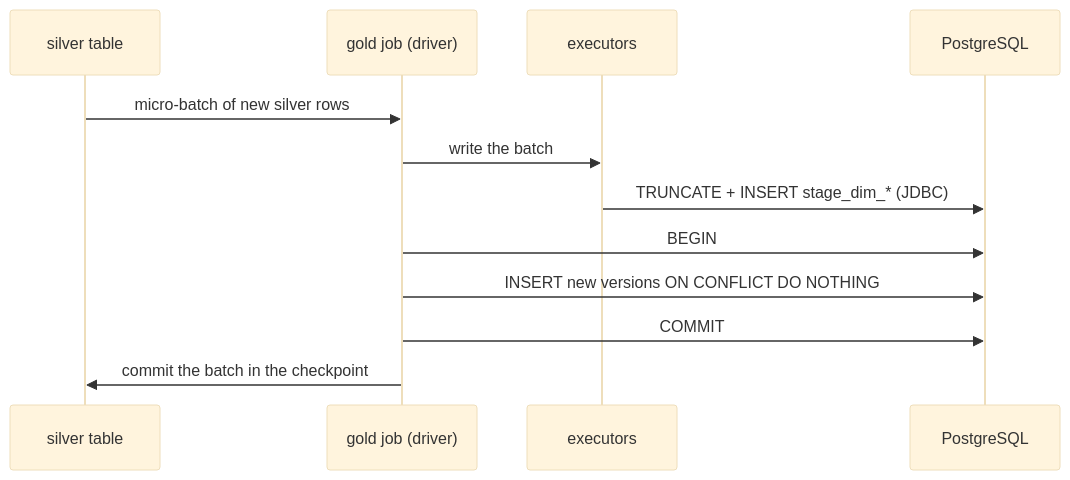
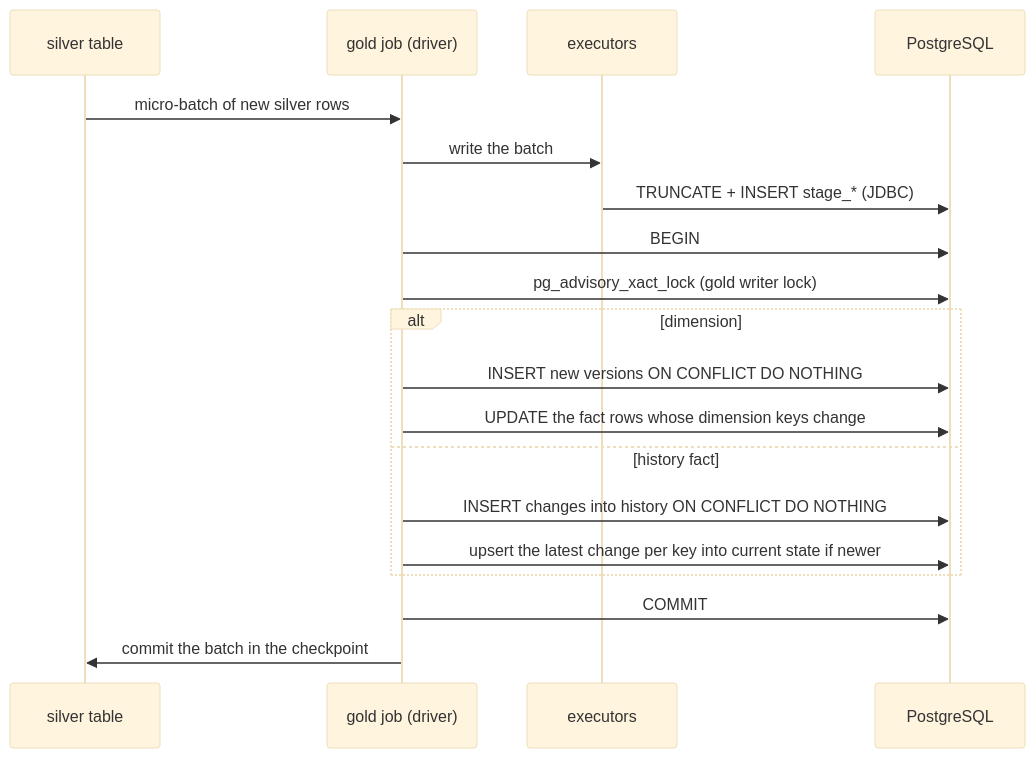
Before and after one commit to jonathan5p/deel-home-task: the second of 2 diagrams in docs/architecture/gold-model.md, drawn with Mermaid (base theme). The commit also changed other lines of this file and 25 other files, not shown here.

Commit message:
feat(gold): load the order and order item facts with history, current state and as-of dimension keys

````diff
--- a/docs/architecture/gold-model.md
+++ b/docs/architecture/gold-model.md
@@ -228,14 +252,21 @@
 ```mermaid
 sequenceDiagram
     participant S as silver table
     participant J as gold job (driver)
     participant X as executors
     participant P as PostgreSQL
     S->>J: micro-batch of new silver rows
     J->>X: write the batch
-    X->>P: TRUNCATE + INSERT stage_dim_* (JDBC)
+    X->>P: TRUNCATE + INSERT stage_* (JDBC)
     J->>P: BEGIN
-    J->>P: INSERT new versions ON CONFLICT DO NOTHING
+    J->>P: pg_advisory_xact_lock (gold writer lock)
+    alt dimension
+        J->>P: INSERT new versions ON CONFLICT DO NOTHING
+        J->>P: UPDATE the fact rows whose dimension keys change
+    else history fact
+        J->>P: INSERT changes into history ON CONFLICT DO NOTHING
+        J->>P: upsert the latest change per key into current state if newer
+    end
     J->>P: COMMIT
     J->>S: commit the batch in the checkpoint
 ```
````
